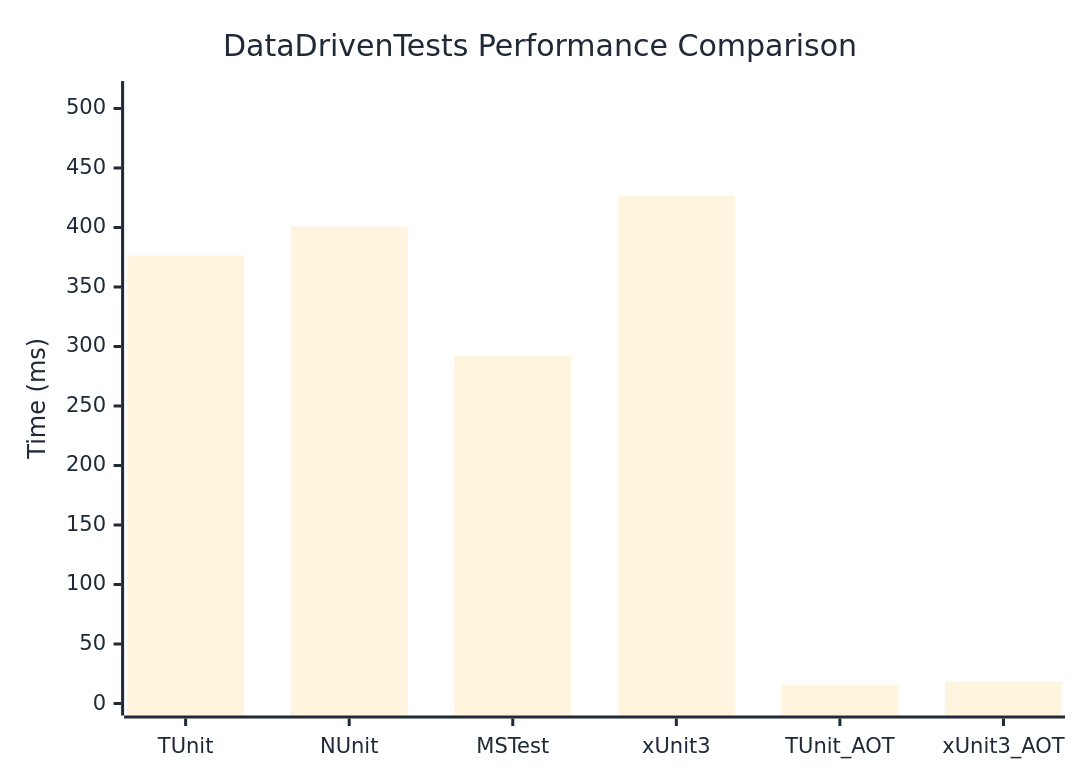
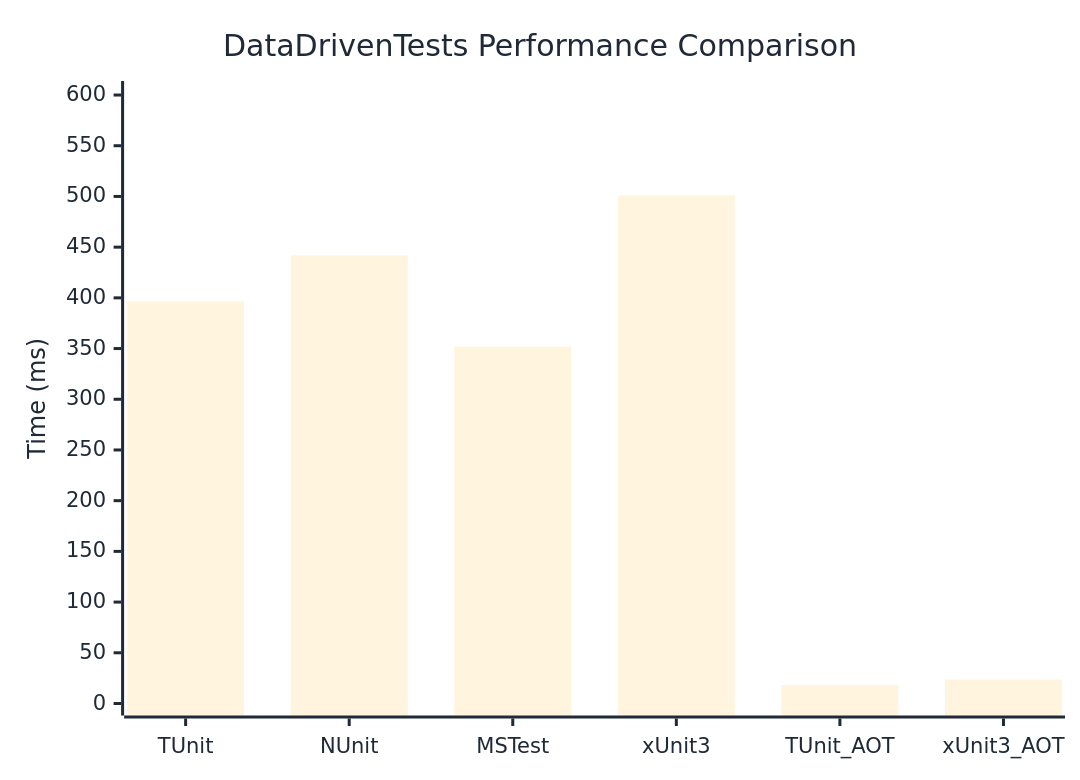
One commit to thomhurst/TUnit changed the diagram in docs/docs/benchmarks/engine/DataDrivenTests.md. Above: the diagram before and after it, drawn with Mermaid. The commit also changed other lines of this file and 17 other files, not shown here.

````diff
--- a/docs/docs/benchmarks/engine/DataDrivenTests.md
+++ b/docs/docs/benchmarks/engine/DataDrivenTests.md
@@ -30,37 +30,37 @@
 ```mermaid
 %%{init: {
   'theme':'base',
   'themeVariables': {
     'primaryColor': '#2563eb',
     'primaryTextColor': '#1f2937',
     'primaryBorderColor': '#1e40af',
     'lineColor': '#6b7280',
     'secondaryColor': '#7c3aed',
     'tertiaryColor': '#dc2626',
     'background': '#ffffff',
     'mainBkg': '#2563eb',
     'secondBkg': '#7c3aed',
     'tertiaryBkg': '#dc2626',
     'clusterBkg': '#f3f4f6',
     'edgeLabelBackground': '#ffffff',
     'tertiaryTextColor': '#1f2937',
     'pie1': '#2563eb',
     'pie2': '#7c3aed',
     'pie3': '#dc2626',
     'pie4': '#f59e0b',
     'pie5': '#10b981',
     'pie6': '#06b6d4',
     'pie7': '#ec4899',
     'pie8': '#6366f1',
     'pie9': '#84cc16',
     'pie10': '#f97316',
     'pie11': '#14b8a6',
     'pie12': '#a855f7'
   }
 }}%%
 xychart-beta
   title "DataDrivenTests Performance Comparison"
   x-axis ["TUnit", "NUnit", "MSTest", "xUnit3", "TUnit_AOT", "xUnit3_AOT"]
-  y-axis "Time (ms)" 0 --> 513
-  bar [376.6, 400.71, 292.19, 426.69, 15.96, 18.54]
+  y-axis "Time (ms)" 0 --> 602
+  bar [396.17, 441.85, 351.87, 500.97, 18.38, 23.61]
 ```
````
